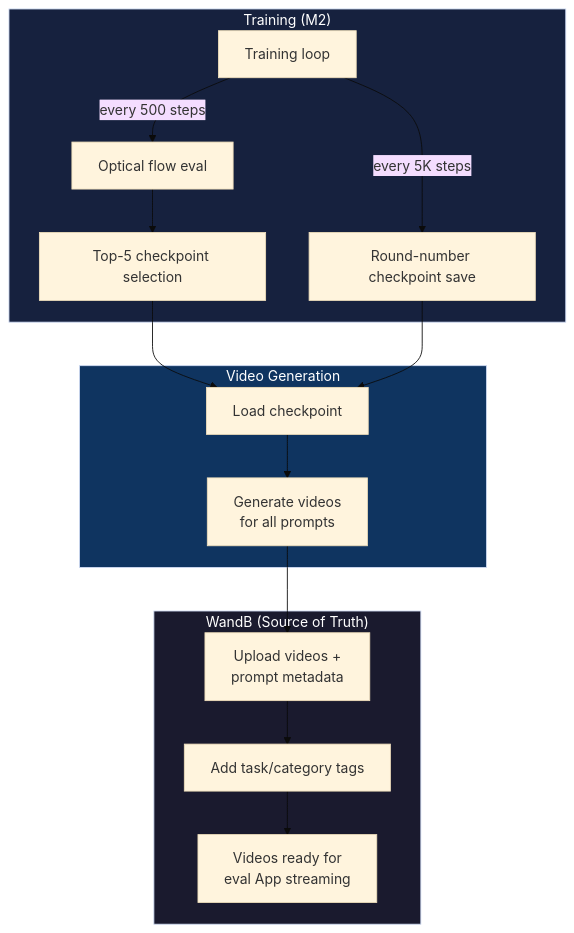
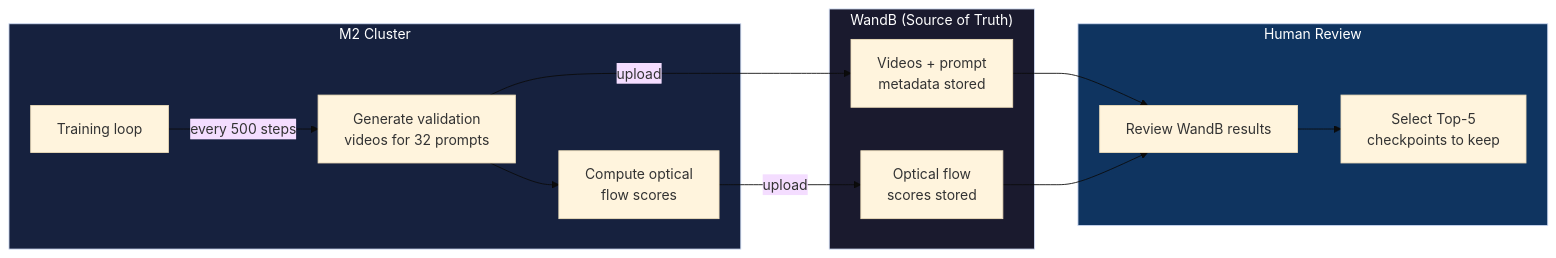
The second of 5 diagrams in README.md (GindaChen/fastvideo-eval), drawn with Mermaid (base theme) before and after one commit. The commit also changed other lines of this file and 1 other file, not shown here.

First line of the commit message:
Correct pipeline flow + eval app design

````diff
--- a/README.md
+++ b/README.md
@@ -35,24 +32,21 @@
 ```mermaid
-graph TD
-    subgraph Training["Training (M2)"]
-        T1[Training loop] -->|every 500 steps| T2[Optical flow eval]
-        T2 --> T3[Top-5 checkpoint selection]
-        T1 -->|every 5K steps| T4[Round-number checkpoint save]
-    end
-
-    subgraph VideoGen["Video Generation"]
-        T3 --> V1[Load checkpoint]
-        T4 --> V1
-        V1 --> V2[Generate videos<br/>for all prompts]
+graph LR
+    subgraph M2["M2 Cluster"]
+        T1[Training loop] -->|every 500 steps| T2[Generate validation<br/>videos for 32 prompts]
+        T2 --> T3[Compute optical<br/>flow scores]
     end
 
     subgraph WandB["WandB (Source of Truth)"]
-        V2 --> W1[Upload videos +<br/>prompt metadata]
-        W1 --> W2[Add task/category tags]
-        W2 --> W3[Videos ready for<br/>eval App streaming]
+        T2 -->|upload| W1[Videos + prompt<br/>metadata stored]
+        T3 -->|upload| W2[Optical flow<br/>scores stored]
     end
 
+    subgraph Human["Human Review"]
+        W1 & W2 --> H1[Review WandB results]
+        H1 --> H2[Select Top-5<br/>checkpoints to keep]
+    end
+
+    style M2 fill:#16213e,color:#fff
     style WandB fill:#1a1a2e,color:#fff
-    style Training fill:#16213e,color:#fff
-    style VideoGen fill:#0f3460,color:#fff
+    style Human fill:#0f3460,color:#fff
 ```
````
